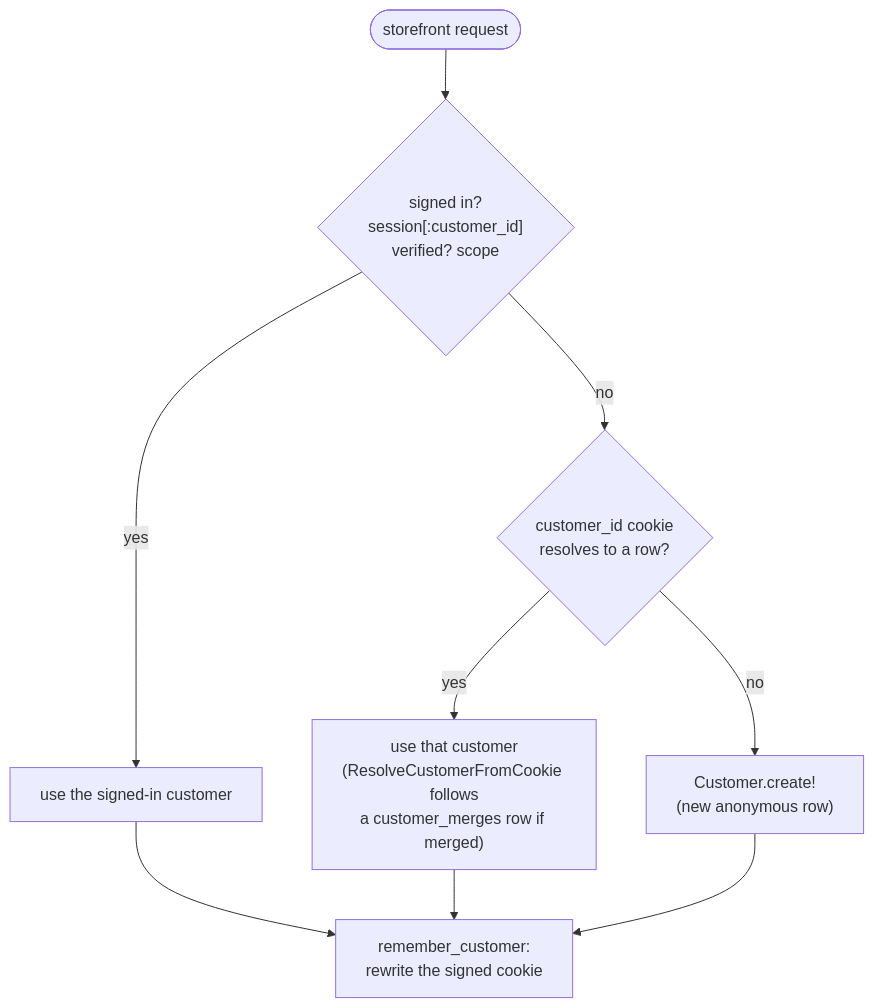
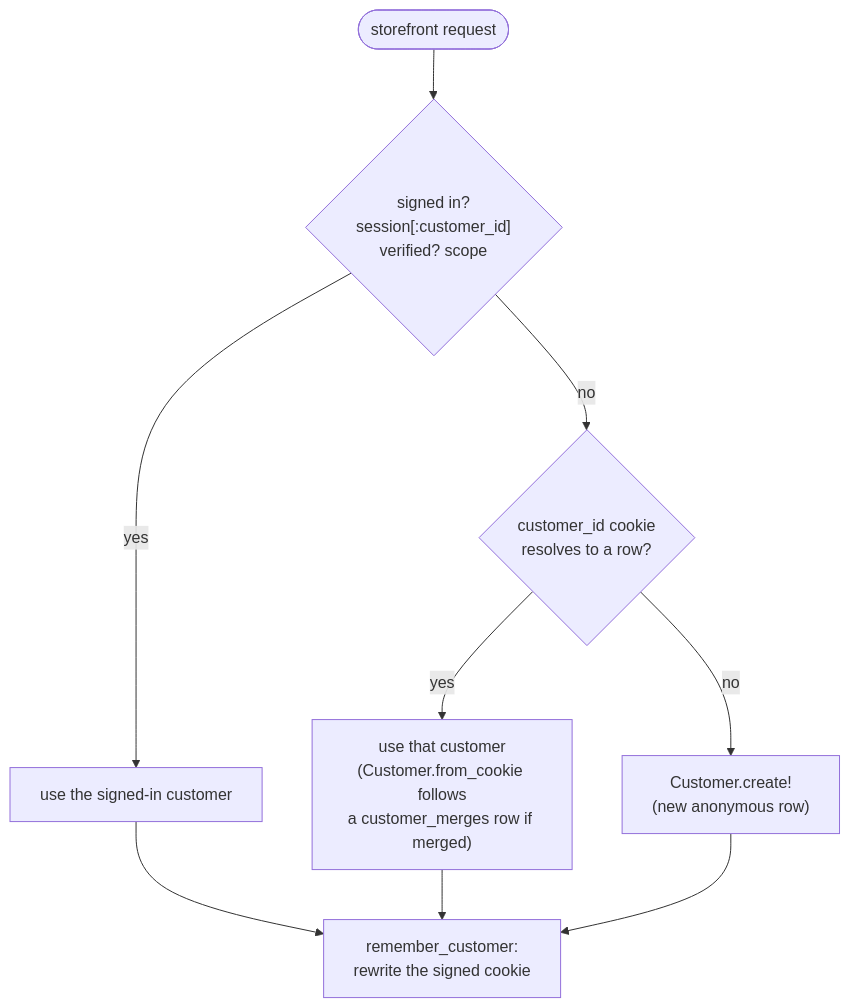
The third of 3 diagrams in prototype/rails/docs/identity.md (jonathan-beebe/art-store), drawn with Mermaid before and after one commit. The commit also changed other lines of this file and 349 other files, not shown here.

````diff
--- a/prototype/rails/docs/identity.md
+++ b/prototype/rails/docs/identity.md
@@ -98,11 +104,11 @@
 ```mermaid
 flowchart TD
     start(["storefront request"]) --> guard{"signed in?\nsession[:customer_id]\nverified? scope"}
     guard -- yes --> useGuard["use the signed-in customer"]
     guard -- no --> cookie{"customer_id cookie\nresolves to a row?"}
-    cookie -- yes --> useCookie["use that customer\n(ResolveCustomerFromCookie follows\na customer_merges row if merged)"]
+    cookie -- yes --> useCookie["use that customer\n(Customer.from_cookie follows\na customer_merges row if merged)"]
     cookie -- no --> create["Customer.create!\n(new anonymous row)"]
     useGuard --> remember["remember_customer:\nrewrite the signed cookie"]
     useCookie --> remember
     create --> remember
 ```
````
